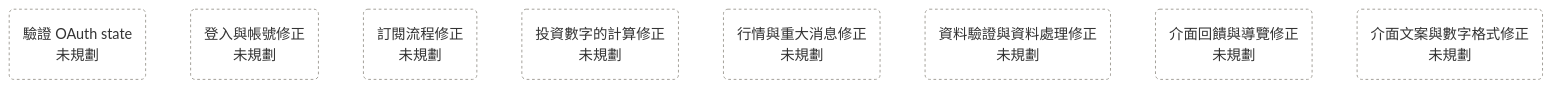
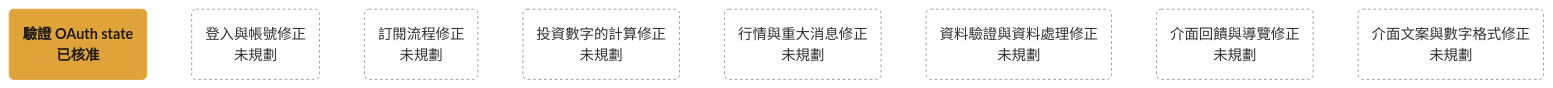
One commit to bingyangchen/taigu changed the diagram in docs/plans/roadmap.md. Above: the diagram before and after it, drawn with Mermaid. The commit also changed other lines of this file and 4 other files, not shown here.

````diff
--- a/docs/plans/roadmap.md
+++ b/docs/plans/roadmap.md
@@ -7,14 +7,14 @@
 ```mermaid
 flowchart TD
-  oauth_state_check("驗證 OAuth state<br/>未規劃"):::unplanned
+  oauth_state_check("驗證 OAuth state<br/>已核准"):::approved
   login_account_fixes("登入與帳號修正<br/>未規劃"):::unplanned
   billing_fixes("訂閱流程修正<br/>未規劃"):::unplanned
   calculation_fixes("投資數字的計算修正<br/>未規劃"):::unplanned
   market_data_fixes("行情與重大消息修正<br/>未規劃"):::unplanned
   data_fixes("資料驗證與資料處理修正<br/>未規劃"):::unplanned
   ui_feedback_fixes("介面回饋與導覽修正<br/>未規劃"):::unplanned
   copy_fixes("介面文案與數字格式修正<br/>未規劃"):::unplanned
   classDef done fill:#4f726280,stroke:#4f726280
   classDef approved fill:#e0a33a,stroke:#e0a33a,color:#1f1a12,font-weight:bold
   classDef unplanned fill:none,stroke:#9a978f,stroke-dasharray:3 3
 ```
````
